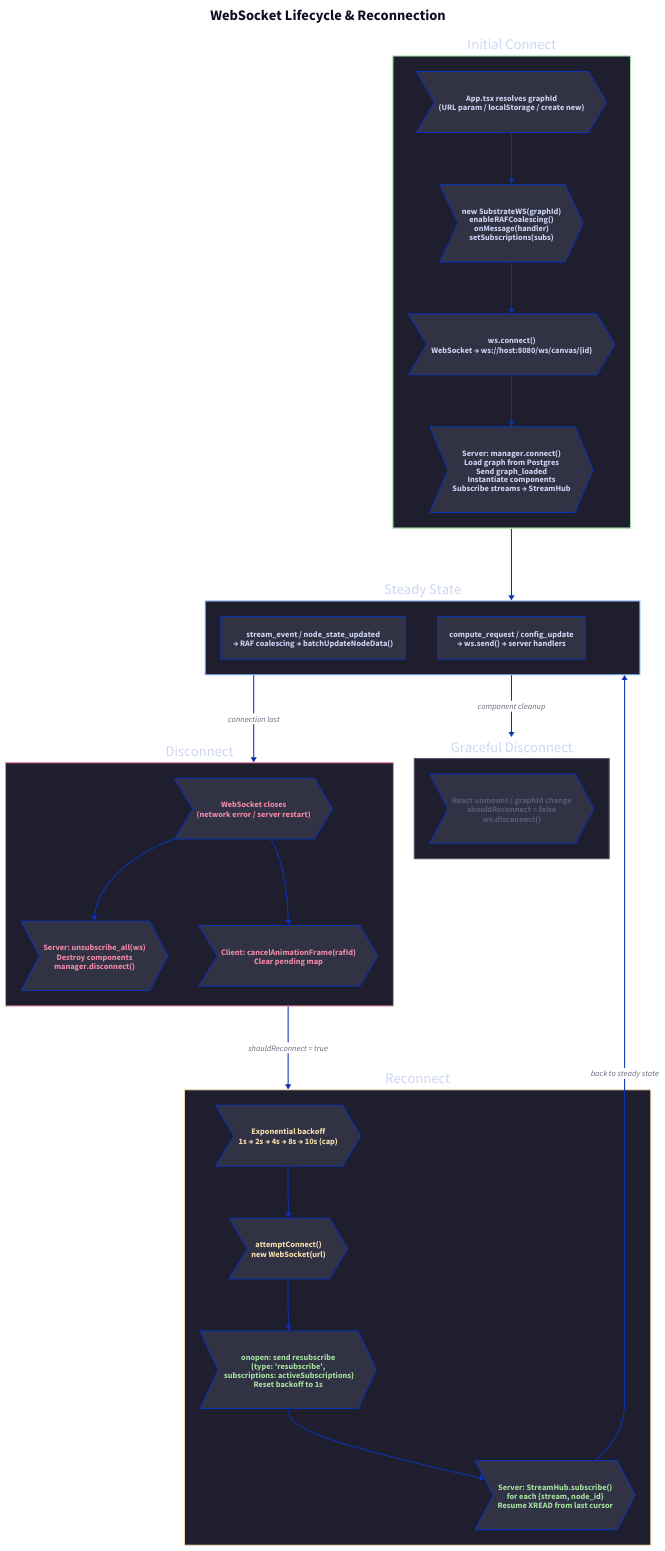
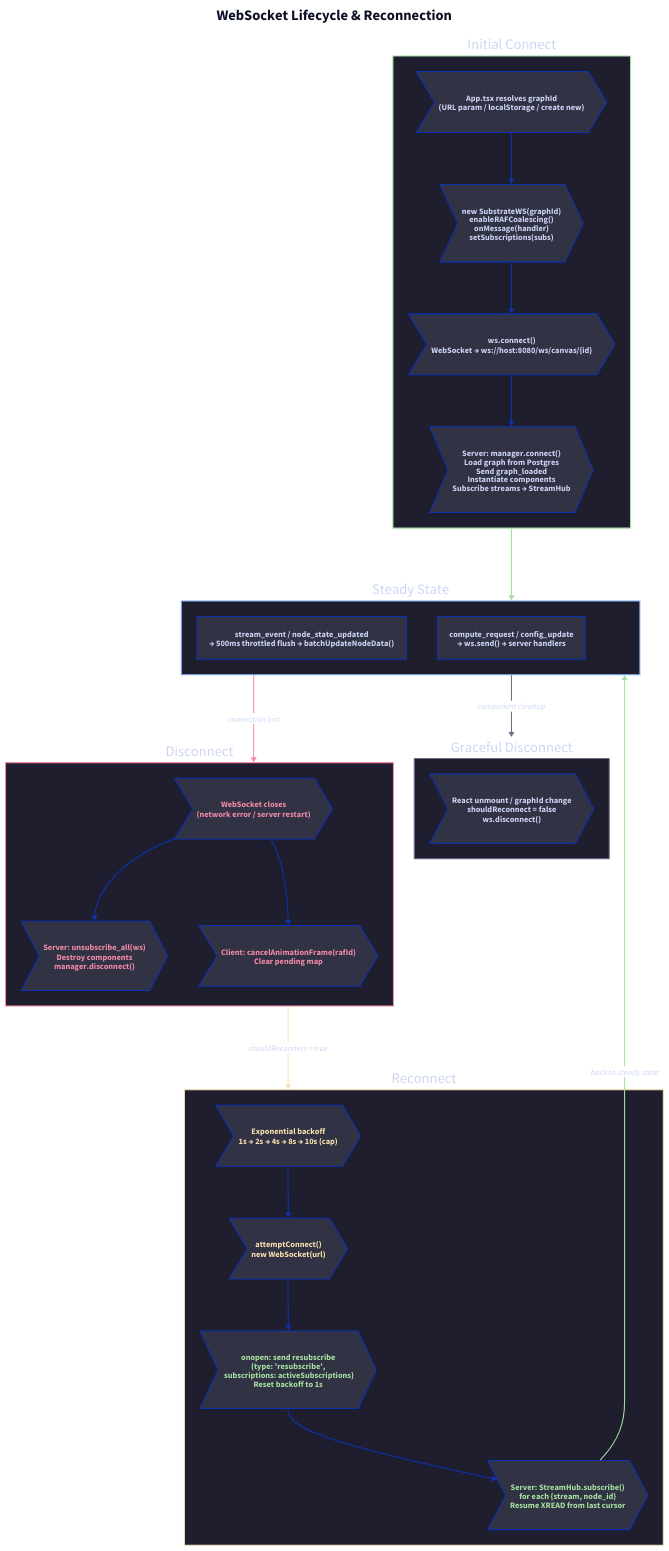
One commit to musicofhel/node-graph-substrate changed the diagram in docs/diagrams/12-ws-reconnect.d2. Above: the diagram before and after it, drawn with D2. The commit also changed 58 other files, not shown here.

First line of the commit message:
Remake all 13 architectural diagrams and refresh 77 screenshots

```diff
--- a/docs/diagrams/12-ws-reconnect.d2
+++ b/docs/diagrams/12-ws-reconnect.d2
@@ -1,125 +1,129 @@
 direction: down
 
 title: {
   label: "WebSocket Lifecycle & Reconnection"
   near: top-center
   shape: text
   style.font-size: 28
   style.bold: true
 }
 
 connect: Initial Connect {
   style.fill: "#1e1e2e"
   style.stroke: "#a6e3a1"
   style.font-color: "#cdd6f4"
 
   init: "App.tsx resolves graphId\n(URL param / localStorage / create new)" {
     shape: step
     style.fill: "#313244"
     style.font-color: "#cdd6f4"
   }
   create_ws: "new SubstrateWS(graphId)\nenableRAFCoalescing()\nonMessage(handler)\nsetSubscriptions(subs)" {
     shape: step
     style.fill: "#313244"
     style.font-color: "#cdd6f4"
   }
   ws_connect: "ws.connect()\nWebSocket → ws://host:8080/ws/canvas/{id}" {
     shape: step
     style.fill: "#313244"
     style.font-color: "#cdd6f4"
   }
   server_accept: "Server: manager.connect()\nLoad graph from Postgres\nSend graph_loaded\nInstantiate components\nSubscribe streams → StreamHub" {
     shape: step
     style.fill: "#313244"
     style.font-color: "#cdd6f4"
   }
 
-  init -> create_ws -> ws_connect -> server_accept
+  init -> create_ws: "" {style.stroke-width: 2}
+  create_ws -> ws_connect: "" {style.stroke-width: 2}
+  ws_connect -> server_accept: "" {style.stroke-width: 2}
 }
 
 steady: Steady State {
   style.fill: "#1e1e2e"
   style.stroke: "#89b4fa"
   style.font-color: "#cdd6f4"
 
-  incoming: "stream_event / node_state_updated\n→ RAF coalescing → batchUpdateNodeData()" {
+  incoming: "stream_event / node_state_updated\n→ 500ms throttled flush → batchUpdateNodeData()" {
     style.fill: "#313244"
     style.font-color: "#cdd6f4"
   }
   outgoing: "compute_request / config_update\n→ ws.send() → server handlers" {
     style.fill: "#313244"
     style.font-color: "#cdd6f4"
   }
 }
 
 disconnect: Disconnect {
   style.fill: "#1e1e2e"
   style.stroke: "#f38ba8"
   style.font-color: "#cdd6f4"
 
   ws_close: "WebSocket closes\n(network error / server restart)" {
     shape: step
     style.fill: "#313244"
     style.font-color: "#f38ba8"
   }
   server_cleanup: "Server: unsubscribe_all(ws)\nDestroy components\nmanager.disconnect()" {
     shape: step
     style.fill: "#313244"
     style.font-color: "#f38ba8"
   }
   client_cleanup: "Client: cancelAnimationFrame(rafId)\nClear pending map" {
     shape: step
     style.fill: "#313244"
     style.font-color: "#f38ba8"
   }
 
-  ws_close -> server_cleanup
-  ws_close -> client_cleanup
+  ws_close -> server_cleanup: "" {style.stroke-width: 2}
+  ws_close -> client_cleanup: "" {style.stroke-width: 2}
 }
 
 reconnect: Reconnect {
   style.fill: "#1e1e2e"
   style.stroke: "#f9e2af"
   style.font-color: "#cdd6f4"
 
   backoff: "Exponential backoff\n1s → 2s → 4s → 8s → 10s (cap)" {
     shape: step
     style.fill: "#313244"
     style.font-color: "#f9e2af"
   }
   retry: "attemptConnect()\nnew WebSocket(url)" {
     shape: step
     style.fill: "#313244"
     style.font-color: "#f9e2af"
   }
   resub: "onopen: send resubscribe\n{type: 'resubscribe',\n subscriptions: activeSubscriptions}\nReset backoff to 1s" {
     shape: step
     style.fill: "#313244"
     style.font-color: "#a6e3a1"
   }
   server_resub: "Server: StreamHub.subscribe()\nfor each {stream, node_id}\nResume XREAD from last cursor" {
     shape: step
     style.fill: "#313244"
     style.font-color: "#a6e3a1"
   }
 
-  backoff -> retry -> resub -> server_resub
+  backoff -> retry: "" {style.stroke-width: 2}
+  retry -> resub: "" {style.stroke-width: 2}
+  resub -> server_resub: "" {style.stroke-width: 2}
 }
 
 graceful: Graceful Disconnect {
   style.fill: "#1e1e2e"
-  style.stroke: "#585b70"
+  style.stroke: "#6c7086"
   style.font-color: "#cdd6f4"
 
   unmount: "React unmount / graphId change\nshouldReconnect = false\nws.disconnect()" {
     shape: step
     style.fill: "#313244"
-    style.font-color: "#585b70"
+    style.font-color: "#cdd6f4"
   }
 }
 
-connect -> steady
-steady -> disconnect: "connection lost"
-disconnect -> reconnect: "shouldReconnect = true"
-reconnect.server_resub -> steady: "back to steady state"
-steady -> graceful: "component cleanup"
+connect -> steady: "" {style.stroke-width: 2; style.stroke: "#a6e3a1"}
+steady -> disconnect: "connection lost" {style.stroke-width: 2; style.font-color: "#cdd6f4"; style.stroke: "#f38ba8"}
+disconnect -> reconnect: "shouldReconnect = true" {style.stroke-width: 2; style.font-color: "#cdd6f4"; style.stroke: "#f9e2af"}
+reconnect.server_resub -> steady: "back to steady state" {style.stroke-width: 2; style.font-color: "#cdd6f4"; style.stroke: "#a6e3a1"}
+steady -> graceful: "component cleanup" {style.stroke-width: 2; style.font-color: "#cdd6f4"; style.stroke: "#6c7086"}
```
